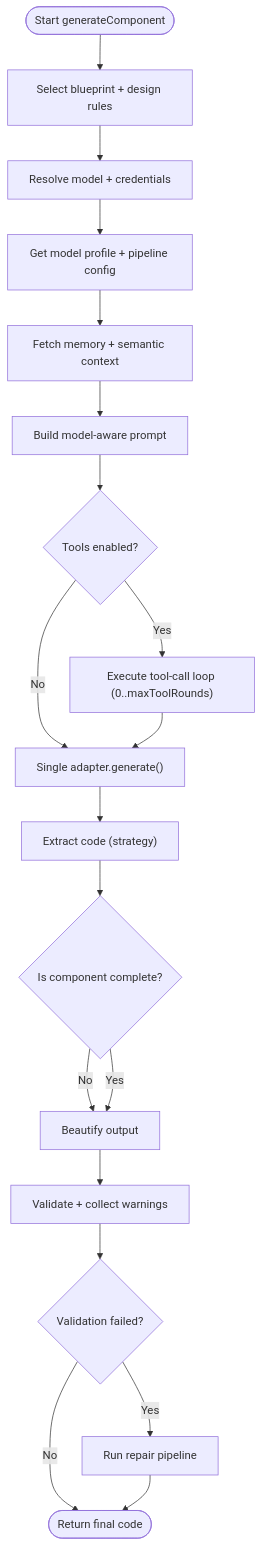
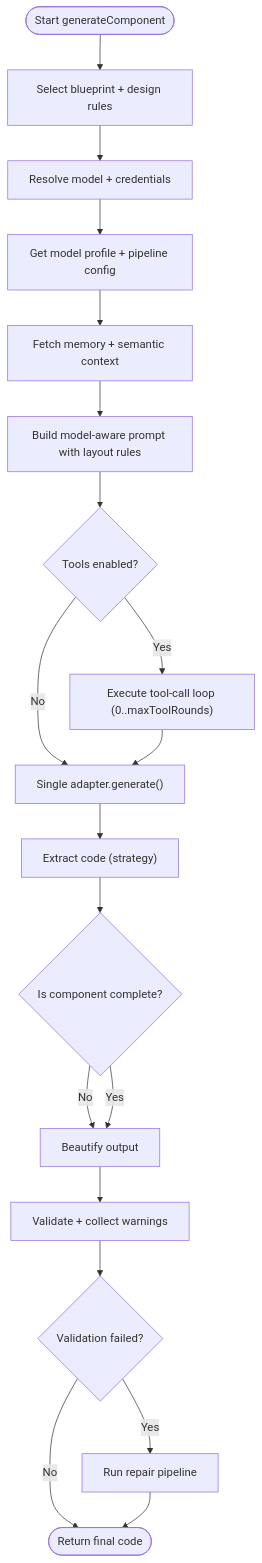
One commit to shekhargiri005-dotcom/AI-powered-accessibility-first-UI-engine changed the fifth of 10 diagrams in .qoder/repowiki/en/content/AI Generation Engine/AI Generation Engine.md. Above: the diagram before and after it, drawn with Mermaid. The commit also changed other lines of this file and 71 other files, not shown here.

````diff
--- a/.qoder/repowiki/en/content/AI Generation Engine/AI Generation Engine.md
+++ b/.qoder/repowiki/en/content/AI Generation Engine/AI Generation Engine.md
@@ -252,21 +295,21 @@
 ```mermaid
 flowchart TD
 Start(["Start generateComponent"]) --> Blueprint["Select blueprint + design rules"]
 Blueprint --> ResolveCfg["Resolve model + credentials"]
 ResolveCfg --> Profiles["Get model profile + pipeline config"]
 Profiles --> Memory["Fetch memory + semantic context"]
-Memory --> Prompt["Build model-aware prompt"]
+Memory --> Prompt["Build model-aware prompt with layout rules"]
 Prompt --> Tools{"Tools enabled?"}
 Tools -- Yes --> ToolLoop["Execute tool-call loop (0..maxToolRounds)"]
 Tools -- No --> Generate["Single adapter.generate()"]
 ToolLoop --> Generate
 Generate --> Extract["Extract code (strategy)"]
 Extract --> Complete{"Is component complete?"}
 Complete -- No --> Beautify["Beautify output"]
 Complete -- Yes --> Beautify
 Beautify --> Validate["Validate + collect warnings"]
 Validate --> Repair{"Validation failed?"}
 Repair -- Yes --> RunRepair["Run repair pipeline"]
 Repair -- No --> Done(["Return final code"])
 RunRepair --> Done
 ```
````
